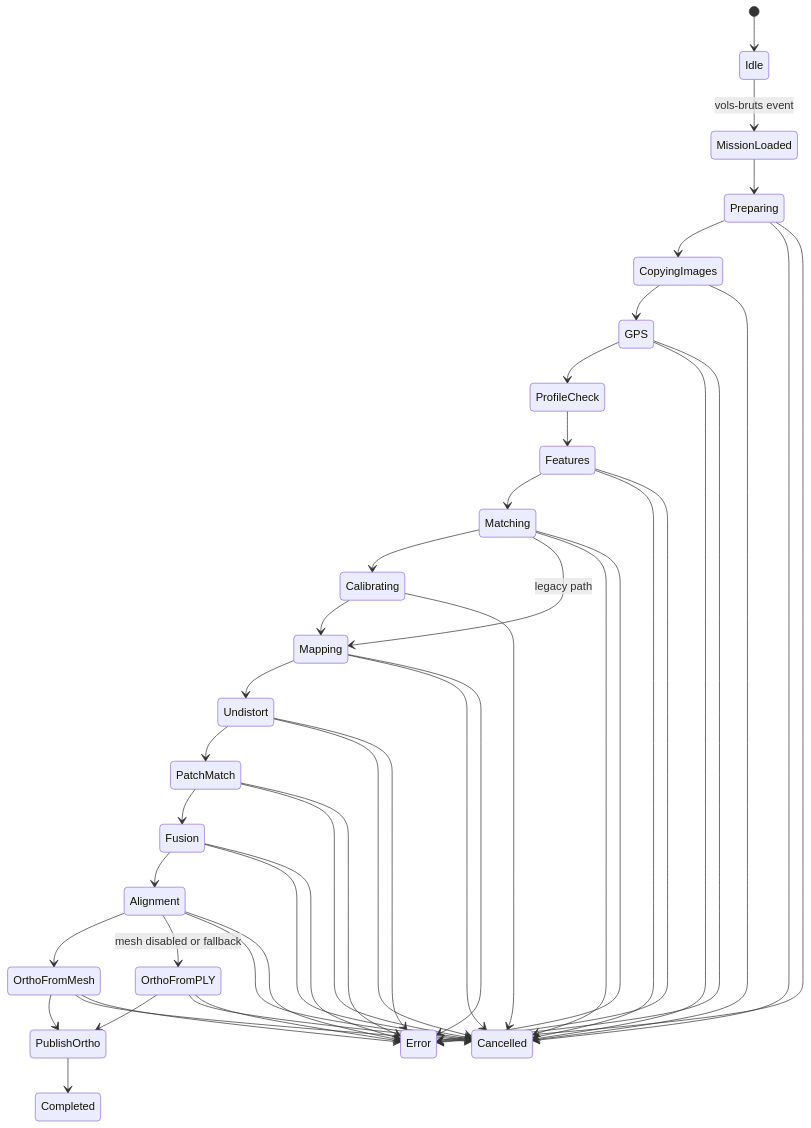
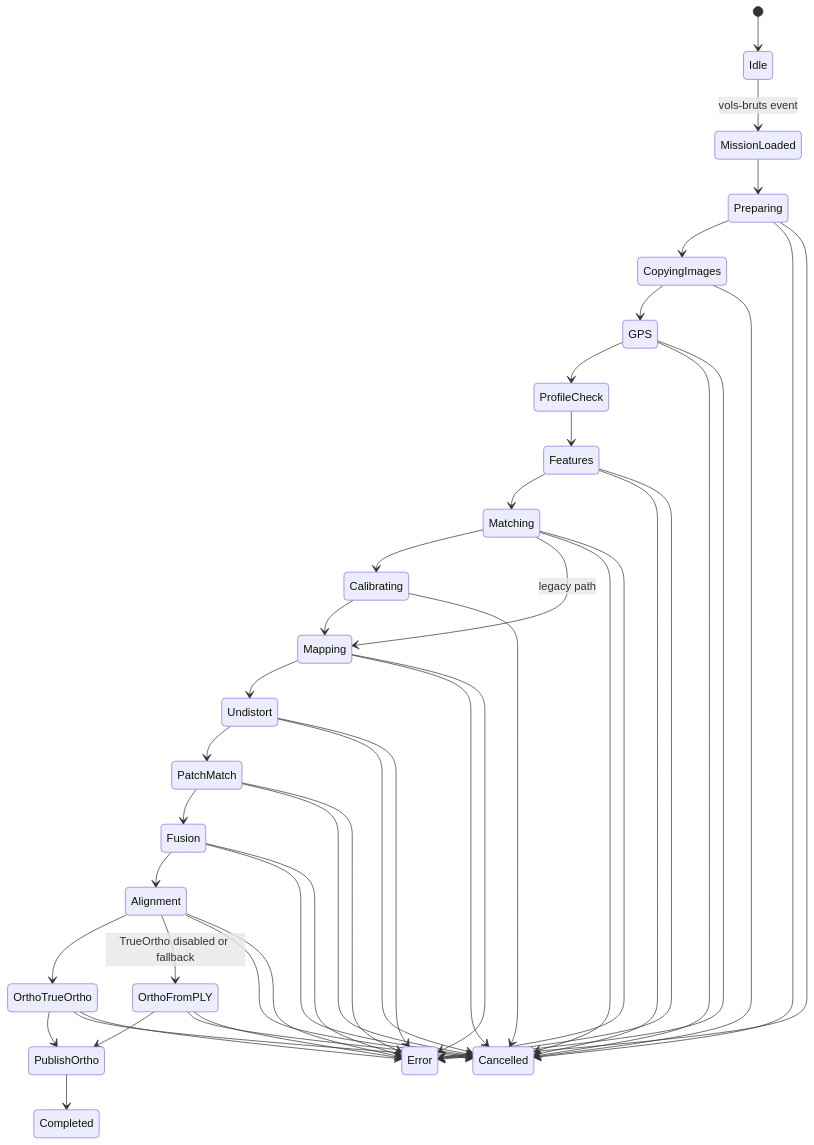
Before and after one commit to olivelb/DroneAI: the third of 8 diagrams in DOCUMENTATION.md, drawn with Mermaid. The commit also changed other lines of this file and 6 other files, not shown here.

Commit message:
Harden TrueOrtho runtime and document changes

````diff
--- a/DOCUMENTATION.md
+++ b/DOCUMENTATION.md
@@ -639,49 +662,49 @@
 ```mermaid
 stateDiagram-v2
     [*] --> Idle
     Idle --> MissionLoaded: vols-bruts event
     MissionLoaded --> Preparing
     Preparing --> CopyingImages
     CopyingImages --> GPS
     GPS --> ProfileCheck
     ProfileCheck --> Features
     Features --> Matching
     Matching --> Calibrating
     Matching --> Mapping: legacy path
     Calibrating --> Mapping
     Mapping --> Undistort
     Undistort --> PatchMatch
     PatchMatch --> Fusion
     Fusion --> Alignment
-    Alignment --> OrthoFromMesh
-    Alignment --> OrthoFromPLY: mesh disabled or fallback
-    OrthoFromMesh --> PublishOrtho
+    Alignment --> OrthoTrueOrtho
+    Alignment --> OrthoFromPLY: TrueOrtho disabled or fallback
+    OrthoTrueOrtho --> PublishOrtho
     OrthoFromPLY --> PublishOrtho
     PublishOrtho --> Completed
 
     Preparing --> Cancelled
     CopyingImages --> Cancelled
     GPS --> Cancelled
     Features --> Cancelled
     Matching --> Cancelled
     Calibrating --> Cancelled
     Mapping --> Cancelled
     Undistort --> Cancelled
     PatchMatch --> Cancelled
     Fusion --> Cancelled
     Alignment --> Cancelled
-    OrthoFromMesh --> Cancelled
+    OrthoTrueOrtho --> Cancelled
     OrthoFromPLY --> Cancelled
 
     Preparing --> Error
     GPS --> Error
     Features --> Error
     Matching --> Error
     Mapping --> Error
     Undistort --> Error
     PatchMatch --> Error
     Fusion --> Error
     Alignment --> Error
-    OrthoFromMesh --> Error
+    OrthoTrueOrtho --> Error
     OrthoFromPLY --> Error
 ```
````
